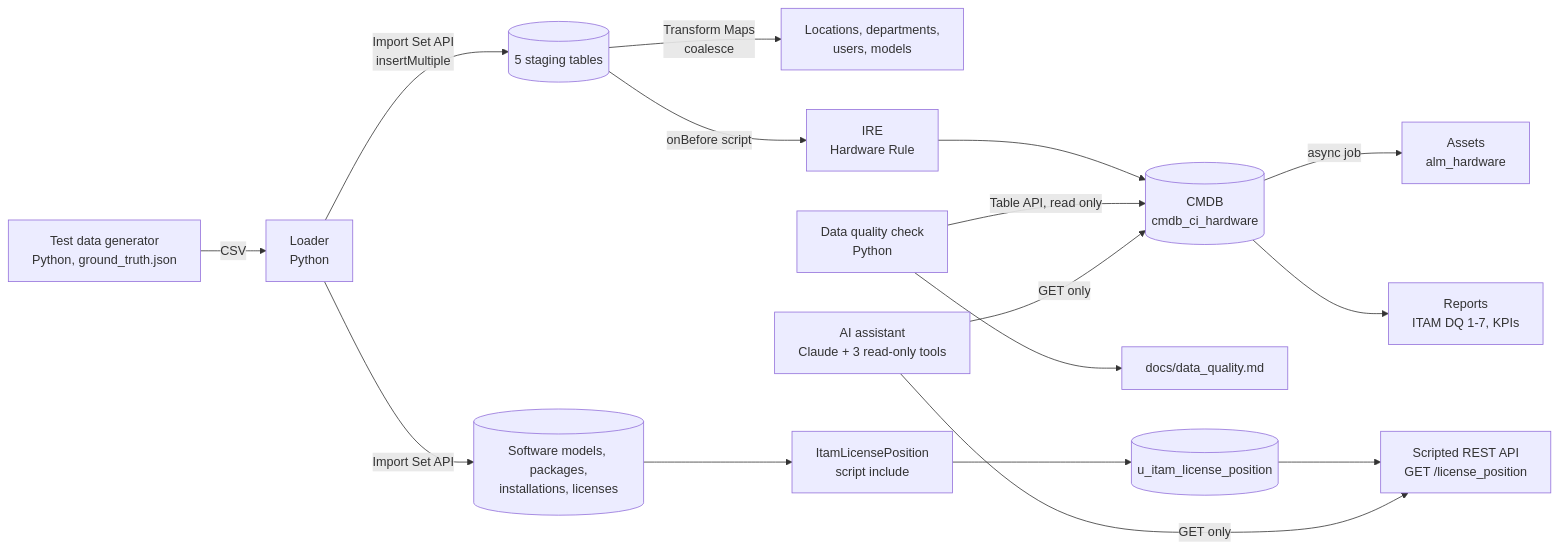
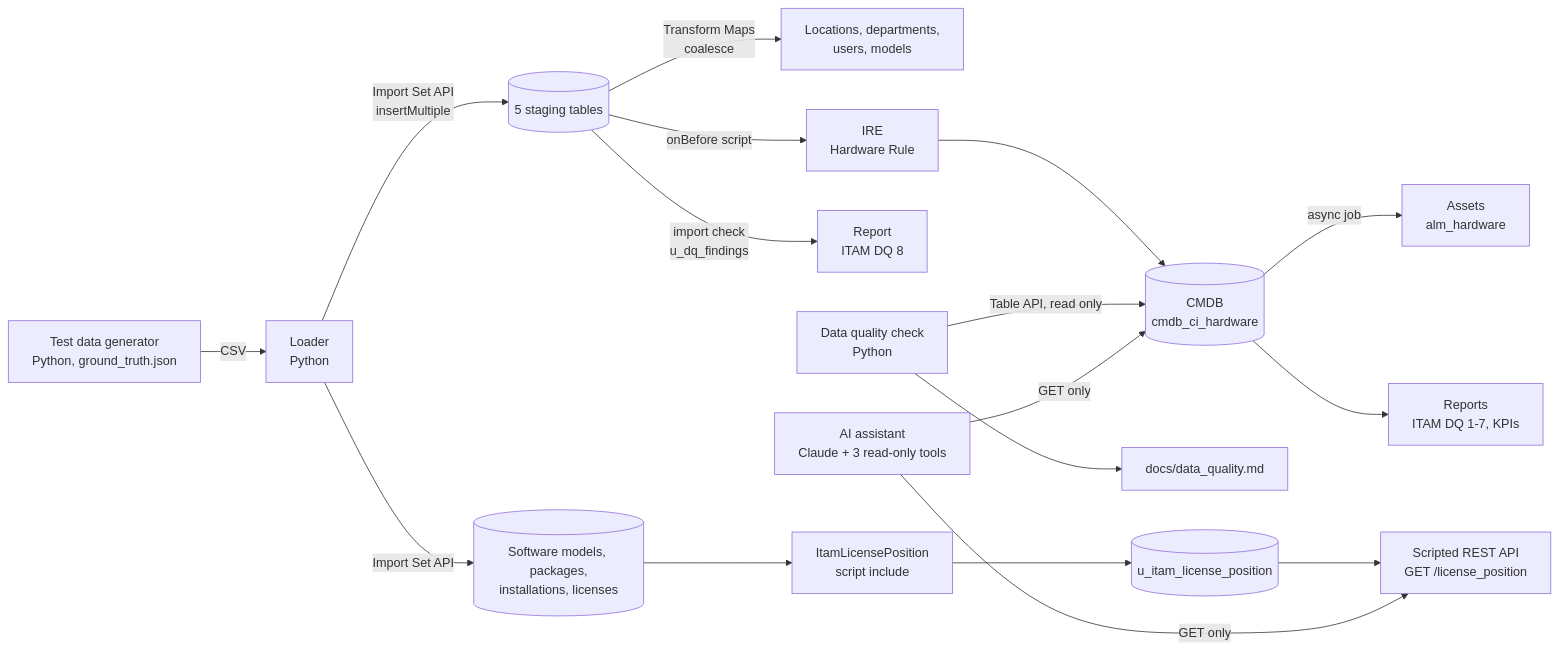
Before and after one commit to itam-automation/servicenow-itam-demo: the diagram in README.md, drawn with Mermaid. The commit also changed other lines of this file and 7 other files, not shown here.

````diff
--- a/README.md
+++ b/README.md
@@ -45,18 +45,19 @@
 ```mermaid
 flowchart LR
   G["Test data generator<br/>Python, ground_truth.json"] -->|CSV| L["Loader<br/>Python"]
   L -->|"Import Set API<br/>insertMultiple"| S[("5 staging tables")]
   S -->|"Transform Maps<br/>coalesce"| M["Locations, departments,<br/>users, models"]
   S -->|"onBefore script"| IRE["IRE<br/>Hardware Rule"]
   IRE --> CMDB[("CMDB<br/>cmdb_ci_hardware")]
   CMDB -->|"async job"| A["Assets<br/>alm_hardware"]
   CMDB --> R["Reports<br/>ITAM DQ 1-7, KPIs"]
+  S -->|"import check<br/>u_dq_findings"| R8["Report<br/>ITAM DQ 8"]
   Q["Data quality check<br/>Python"] -->|"Table API, read only"| CMDB
   Q --> D["docs/data_quality.md"]
   L -->|"Import Set API"| SW[("Software models, packages,<br/>installations, licenses")]
   SW --> LP["ItamLicensePosition<br/>script include"]
   LP --> POS[("u_itam_license_position")]
   POS --> API["Scripted REST API<br/>GET /license_position"]
   AI["AI assistant<br/>Claude + 3 read-only tools"] -->|"GET only"| CMDB
   AI -->|"GET only"| API
 ```
````
